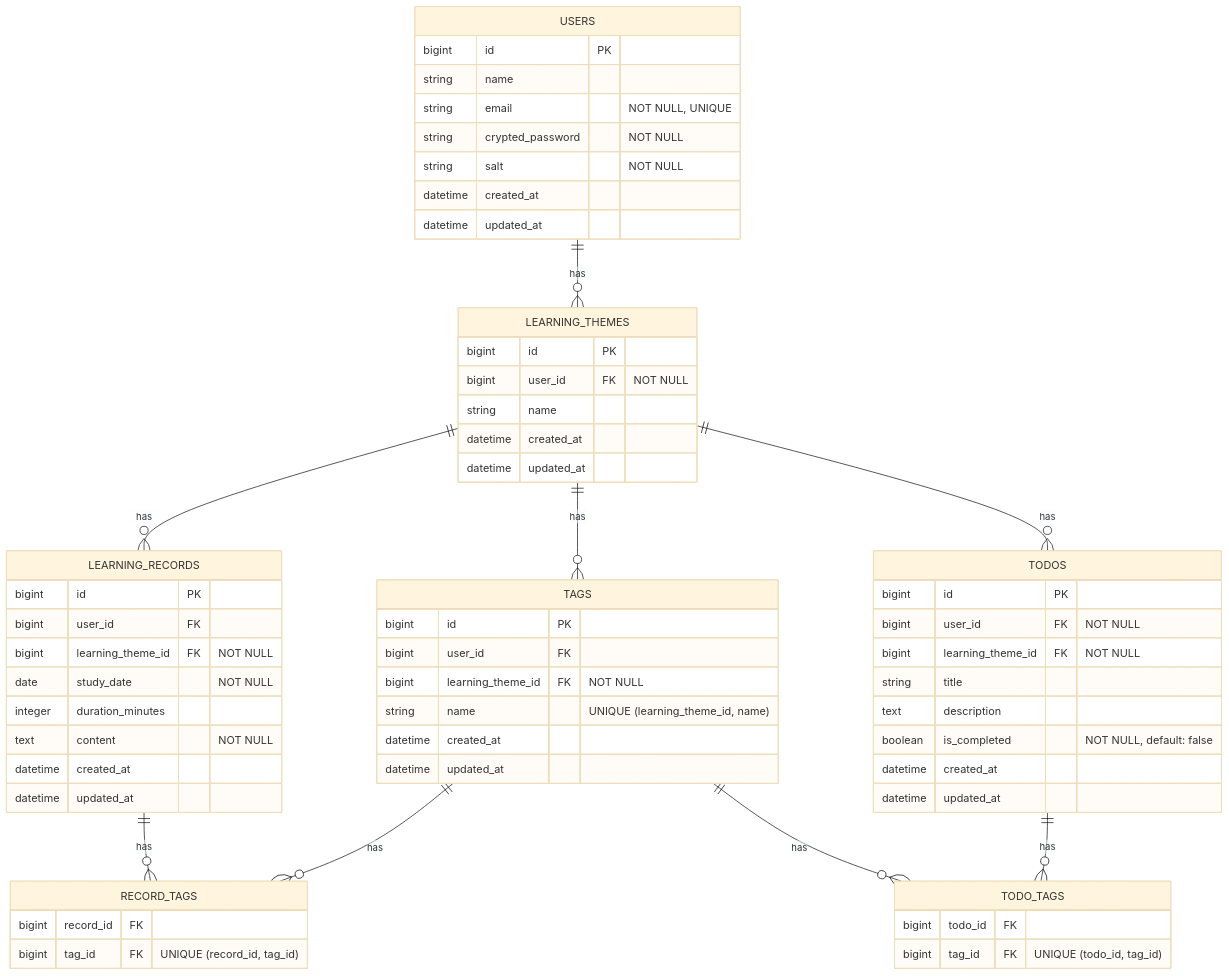
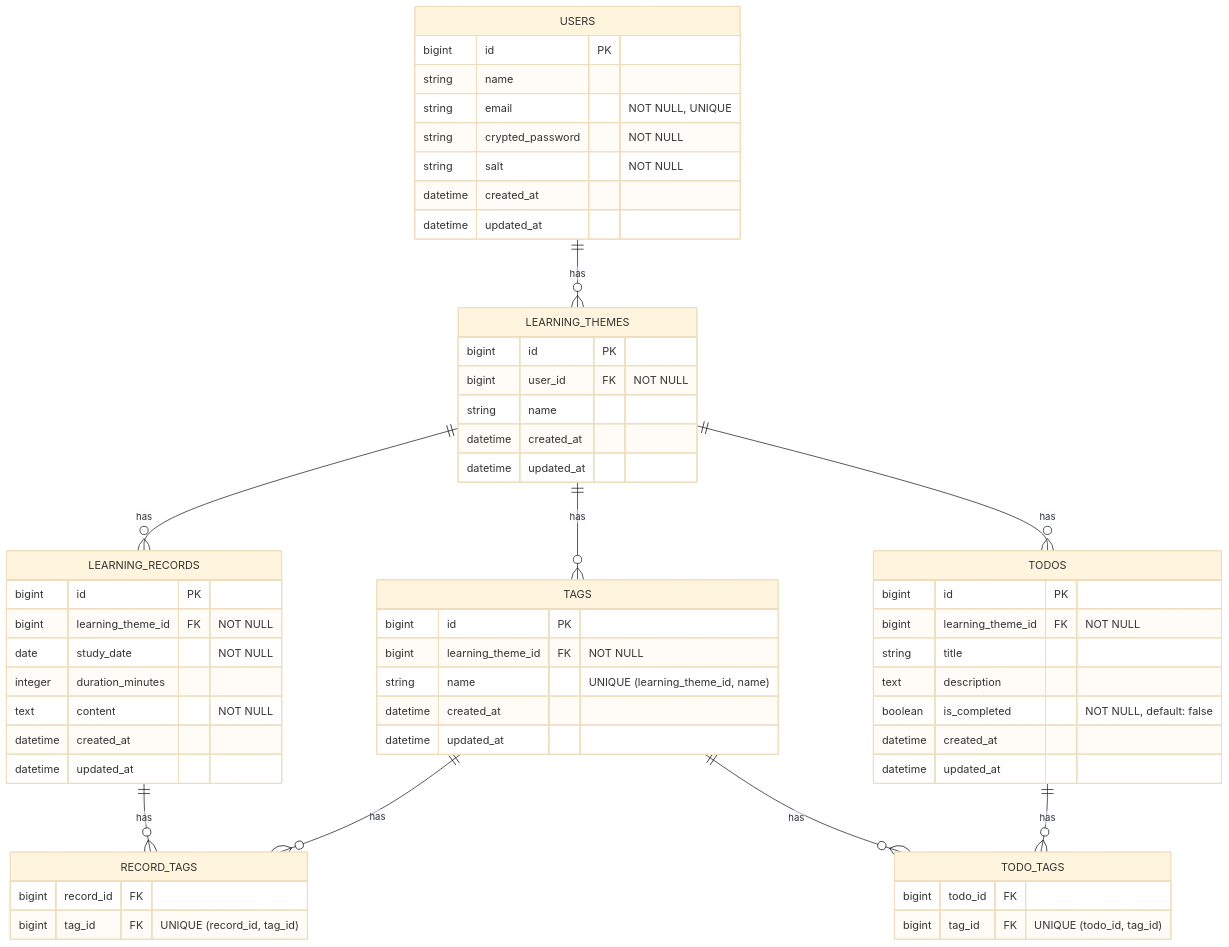
Before and after one commit to QynToKey/HowLongWillItLast: the diagram in docs/er_diagram.md, drawn with Mermaid (base theme). The commit also changed other lines of this file and 1 other file, not shown here.

Commit message:
docs: remove ドキュメント類から重複する user_id に関する記述を削除

````diff
--- a/docs/er_diagram.md
+++ b/docs/er_diagram.md
@@ -116,73 +115,70 @@
 ```mermaid
 erDiagram
 
     USERS {
         bigint id PK
         string name
         string email "NOT NULL, UNIQUE"
         string crypted_password "NOT NULL"
         string salt "NOT NULL"
         datetime created_at
         datetime updated_at
     }
 
     LEARNING_THEMES {
         bigint id PK
         bigint user_id FK "NOT NULL"
         string name
         datetime created_at
         datetime updated_at
     }
 
     LEARNING_RECORDS {
         bigint id PK
-        bigint user_id FK
         bigint learning_theme_id FK "NOT NULL"
         date study_date "NOT NULL"
         integer duration_minutes
         text content "NOT NULL"
         datetime created_at
         datetime updated_at
     }
 
     TAGS {
         bigint id PK
-        bigint user_id FK
         bigint learning_theme_id FK "NOT NULL"
         string name "UNIQUE (learning_theme_id, name)"
         datetime created_at
         datetime updated_at
     }
 
     TODOS {
         bigint id PK
-        bigint user_id FK "NOT NULL"
         bigint learning_theme_id FK "NOT NULL"
         string title
         text description
         boolean is_completed "NOT NULL, default: false"
         datetime created_at
         datetime updated_at
     }
 
     RECORD_TAGS {
         bigint record_id FK
         bigint tag_id FK "UNIQUE (record_id, tag_id)"
     }
 
     TODO_TAGS {
       bigint todo_id FK
       bigint tag_id FK "UNIQUE (todo_id, tag_id)"
     }
 
     USERS ||--o{ LEARNING_THEMES : has
     LEARNING_THEMES ||--o{ LEARNING_RECORDS : has
     LEARNING_THEMES ||--o{ TAGS : has
     LEARNING_THEMES ||--o{ TODOS : has
 
     LEARNING_RECORDS ||--o{ RECORD_TAGS : has
     TAGS ||--o{ RECORD_TAGS : has
 
     TODOS ||--o{ TODO_TAGS : has
     TAGS ||--o{ TODO_TAGS : has
 ```
````
